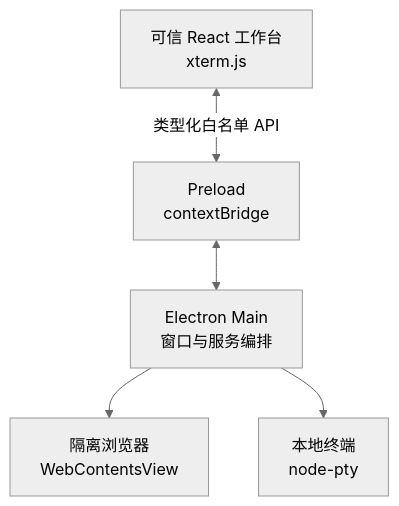
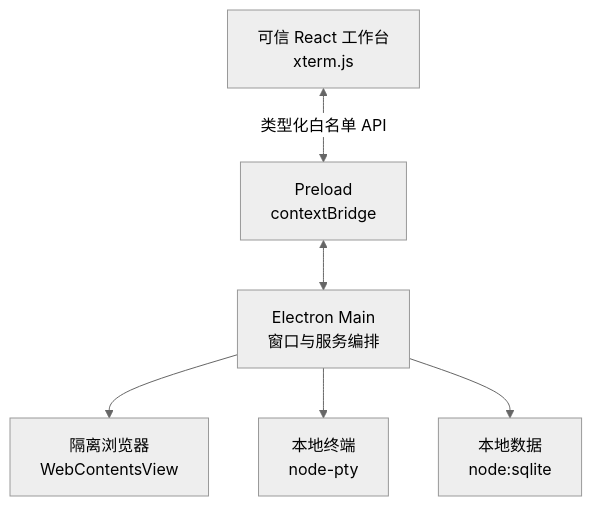
One commit to Oracle0703/code changed the diagram in README.md. Above: the diagram before and after it, drawn with Mermaid (neutral theme). The commit also changed other lines of this file and 33 other files, not shown here.

````diff
--- a/README.md
+++ b/README.md
@@ -90,7 +93,8 @@
 ```mermaid
 flowchart TB
     UI["可信 React 工作台<br/>xterm.js"] <-->|"类型化白名单 API"| Preload["Preload<br/>contextBridge"]
     Preload <--> Main["Electron Main<br/>窗口与服务编排"]
     Main --> Browser["隔离浏览器<br/>WebContentsView"]
     Main --> PTY["本地终端<br/>node-pty"]
+    Main --> DB["本地数据<br/>node:sqlite"]
 ```
````
